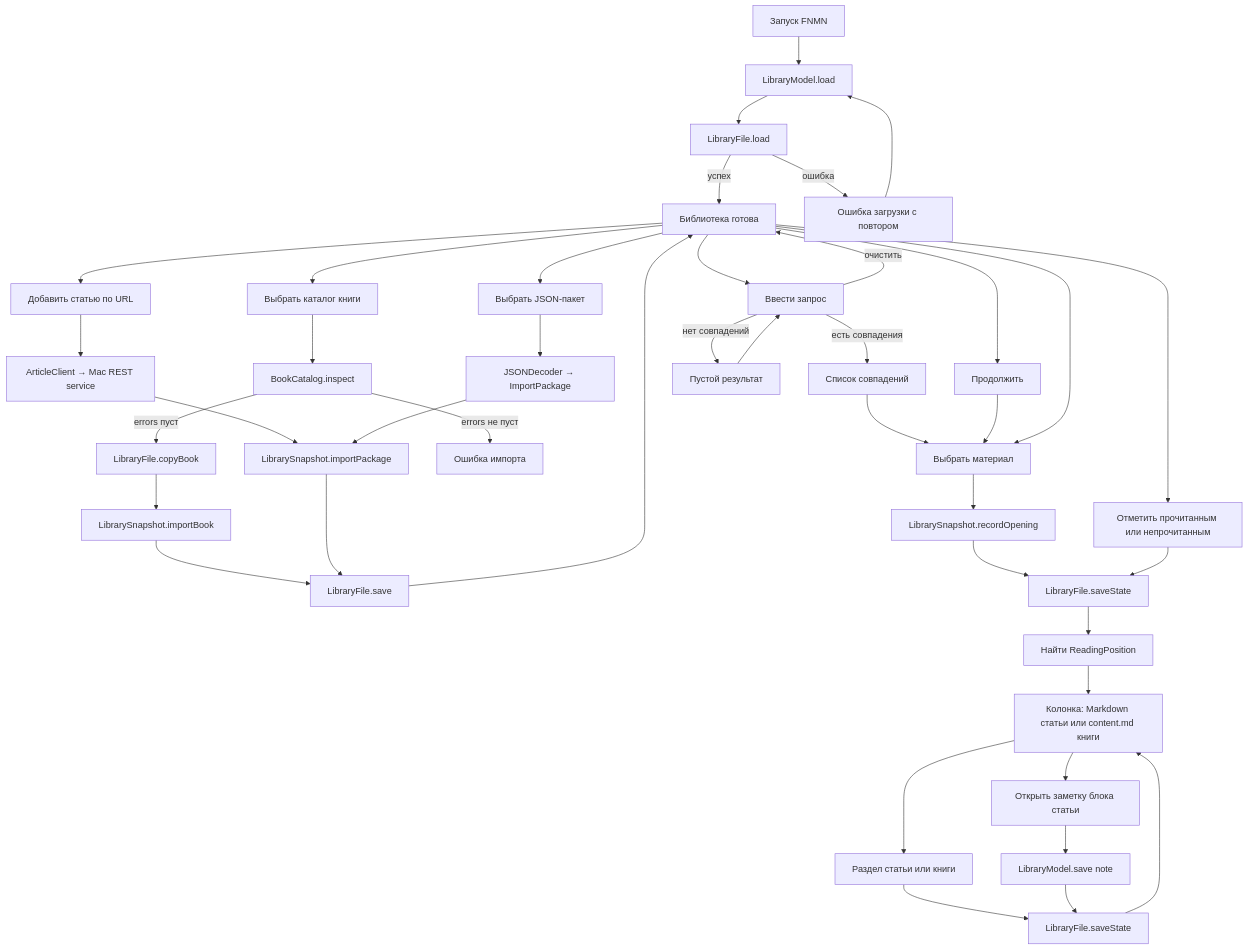
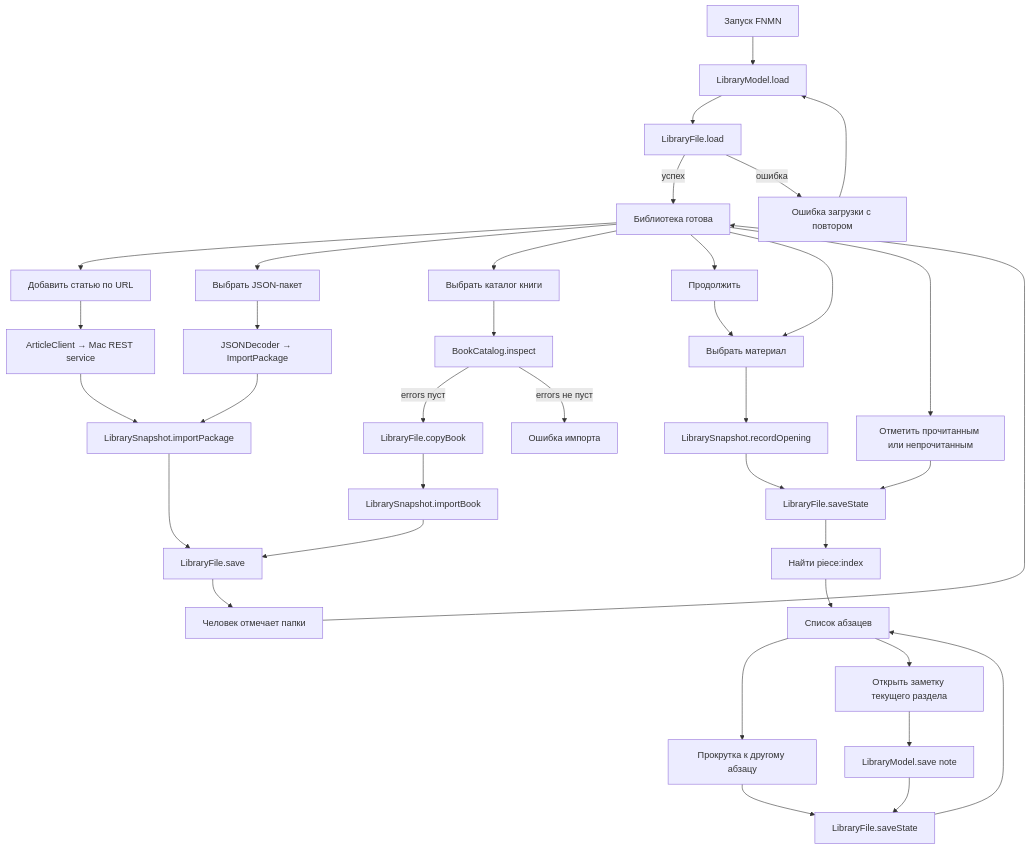
The first of 9 diagrams in APP_SPEC.md (vladkalinichencko/fnmn-app), drawn with Mermaid before and after one commit. The commit also changed other lines of this file and 38 other files, not shown here.

````diff
--- a/APP_SPEC.md
+++ b/APP_SPEC.md
@@ -24,45 +26,40 @@
 ```mermaid
 flowchart TD
     Launch[Запуск FNMN] --> Load[LibraryModel.load]
     Load --> ReadDisk[LibraryFile.load]
     ReadDisk -->|успех| Library[Библиотека готова]
     ReadDisk -->|ошибка| LoadError[Ошибка загрузки с повтором]
     LoadError --> Load
 
     Library --> AddURL[Добавить статью по URL]
     AddURL --> Prepare[ArticleClient → Mac REST service]
     Prepare --> Import[LibrarySnapshot.importPackage]
     Library --> AddJSON[Выбрать JSON-пакет]
     AddJSON --> Decode[JSONDecoder → ImportPackage]
     Decode --> Import
     Library --> AddBook[Выбрать каталог книги]
     AddBook --> Inspect[BookCatalog.inspect]
     Inspect -->|errors пуст| CopyBook[LibraryFile.copyBook]
     Inspect -->|errors не пуст| ImportFail[Ошибка импорта]
     CopyBook --> SaveBook[LibrarySnapshot.importBook]
     SaveBook --> Persist
     Import --> Persist[LibraryFile.save]
-    Persist --> Library
+    Persist --> Choosing[Человек отмечает папки]
+    Choosing --> Library
 
-    Library --> Search[Ввести запрос]
-    Search -->|есть совпадения| Results[Список совпадений]
-    Search -->|нет совпадений| NoResults[Пустой результат]
-    Results --> Select
-    NoResults --> Search
-    Search -->|очистить| Library
     Library --> Continue[Продолжить]
     Continue --> Select
     Library --> Select[Выбрать материал]
     Select --> RecordOpen[LibrarySnapshot.recordOpening]
     RecordOpen --> PersistState[LibraryFile.saveState]
-    PersistState --> Restore[Найти ReadingPosition]
-    Restore --> Column[Колонка: Markdown статьи или content.md книги]
+    PersistState --> Restore[Найти piece:index]
+    Restore --> Reader[Список абзацев]
     Library --> MarkRead[Отметить прочитанным или непрочитанным]
     MarkRead --> PersistState
-    Column --> Move[Раздел статьи или книги]
-    Move --> SavePosition[LibraryFile.saveState]
-    SavePosition --> Column
-    Column --> EditNote[Открыть заметку блока статьи]
+    Reader --> Scroll[Прокрутка к другому абзацу]
+    Scroll --> SavePosition[LibraryFile.saveState]
+    SavePosition --> Reader
+    Reader --> EditNote[Открыть заметку текущего раздела]
     EditNote --> SaveNote[LibraryModel.save note]
     SaveNote --> SavePosition
 ```
````
